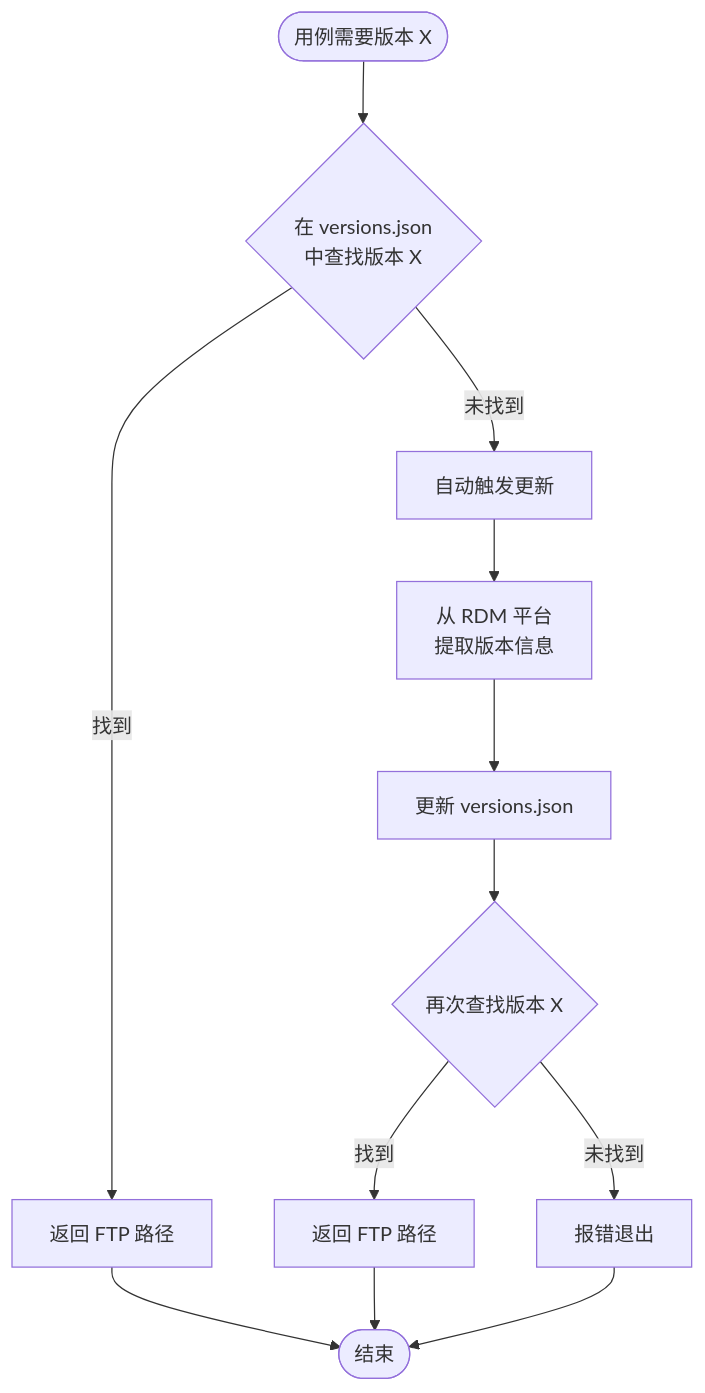
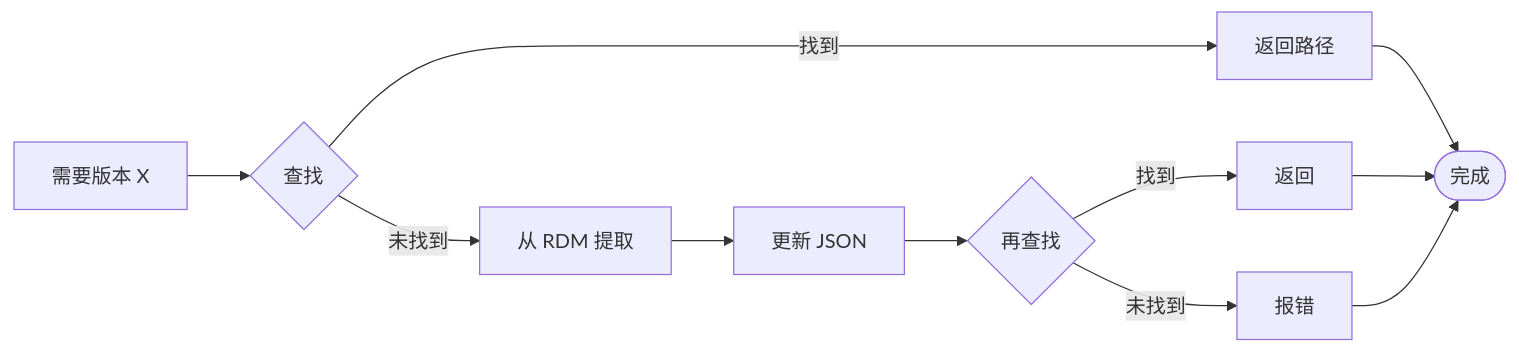
Before and after one commit to weihang1258/dpiAutoExcel: the seventh of 22 diagrams in 系统架构文档.md, drawn with Mermaid. The commit also changed other lines of this file and 1 other file, not shown here.

First line of the commit message:
docs: 进一步优化流程图，统一字体大小和布局

````diff
--- a/系统架构文档.md
+++ b/系统架构文档.md
@@ -221,14 +221,13 @@
 ```mermaid
-graph TD
-    Start([用例需要版本 X]) --> A{在 versions.json<br/>中查找版本 X}
-    A -->|找到| B[返回 FTP 路径]
-    A -->|未找到| C[自动触发更新]
-    C --> D[从 RDM 平台<br/>提取版本信息]
-    D --> E[更新 versions.json]
-    E --> F{再次查找版本 X}
-    F -->|找到| G[返回 FTP 路径]
-    F -->|未找到| H[报错退出]
-    B --> End([结束])
-    G --> End
-    H --> End
+graph LR
+    A[需要版本 X] --> B{查找}
+    B -->|找到| C[返回路径]
+    B -->|未找到| D[从 RDM 提取]
+    D --> E[更新 JSON]
+    E --> F{再查找}
+    F -->|找到| G[返回]
+    F -->|未找到| H[报错]
+    C --> I([完成])
+    G --> I
+    H --> I
 ```
````
